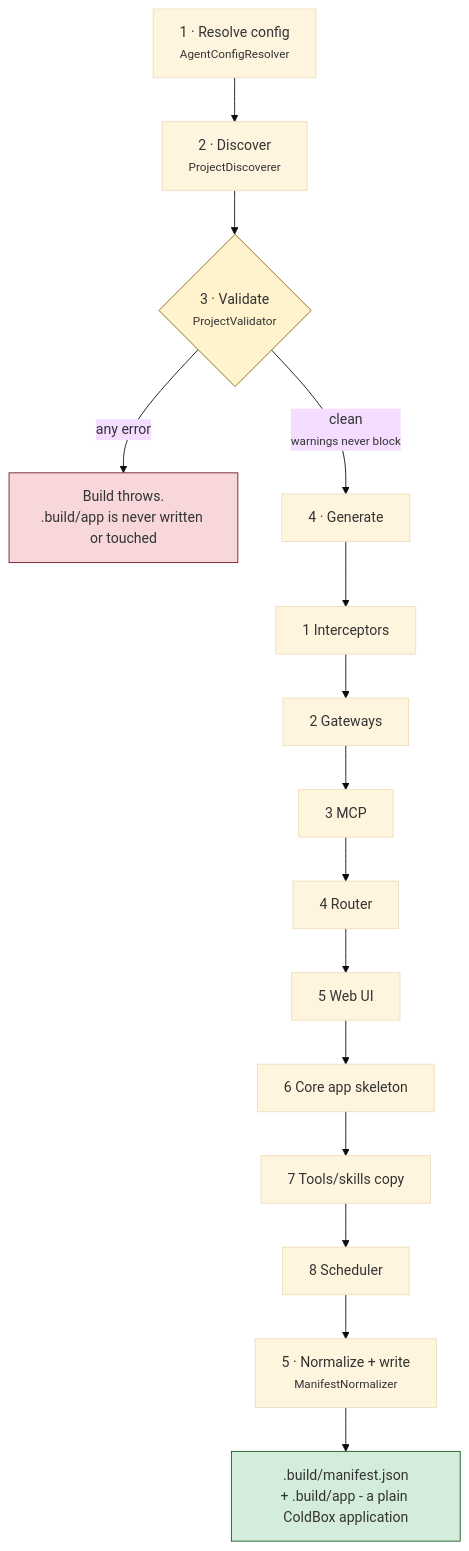
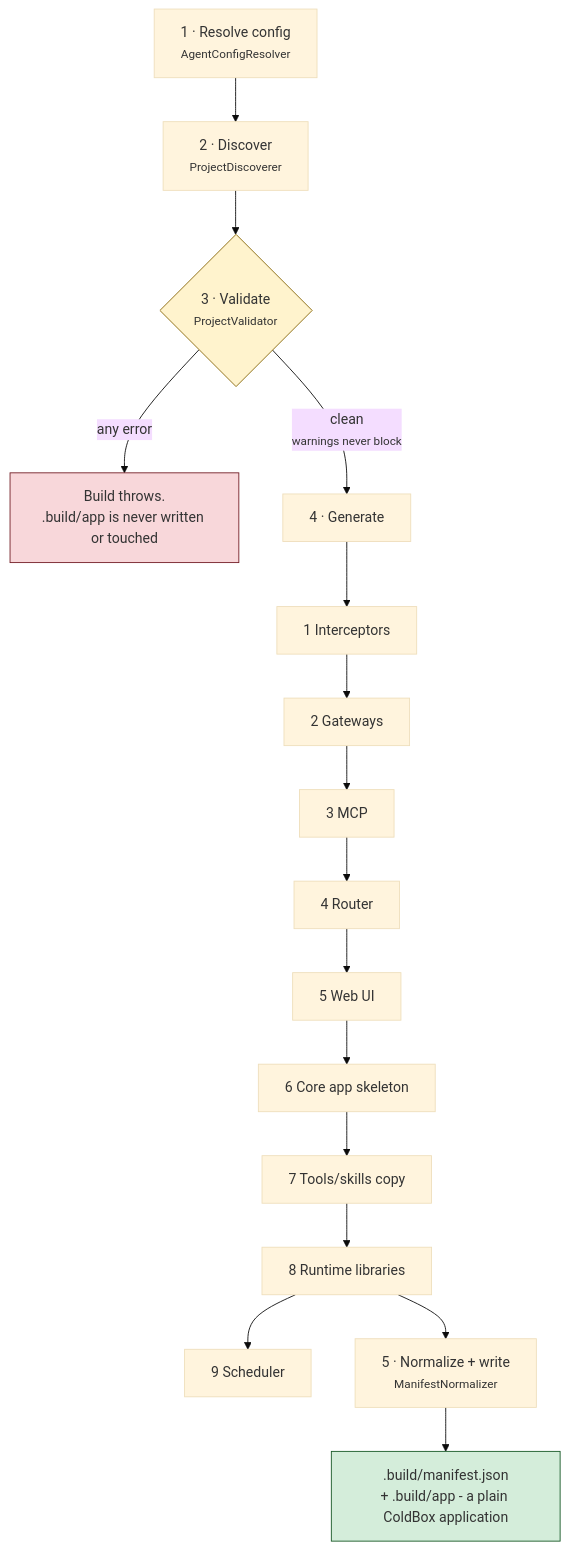
Before and after one commit to ortus-boxlang/bx-agents: the diagram in next/build-pipeline.md, drawn with Mermaid (base theme). The commit also changed other lines of this file and 160 other files, not shown here.

````diff
--- a/next/build-pipeline.md
+++ b/next/build-pipeline.md
@@ -13,15 +13,15 @@
 ```mermaid
 flowchart TD
     A["1 · Resolve config<br/><small>AgentConfigResolver</small>"] --> B["2 · Discover<br/><small>ProjectDiscoverer</small>"]
     B --> C{"3 · Validate<br/><small>ProjectValidator</small>"}
     C -->|"any error"| X["Build throws.<br/>.build/app is never written or touched"]
     C -->|"clean<br/><small>warnings never block</small>"| D["4 · Generate"]
     D --> D1["1 Interceptors"] --> D2["2 Gateways"] --> D3["3 MCP"] --> D4["4 Router"]
-    D4 --> D5["5 Web UI"] --> D6["6 Core app skeleton"] --> D7["7 Tools/skills copy"] --> D8["8 Scheduler"]
+    D4 --> D5["5 Web UI"] --> D6["6 Core app skeleton"] --> D7["7 Tools/skills copy"] --> D8["8 Runtime libraries"] --> D9["9 Scheduler"]
     D8 --> E["5 · Normalize + write<br/><small>ManifestNormalizer</small>"]
     E --> F[".build/manifest.json<br/>+ .build/app - a plain ColdBox application"]
 
     style C fill:#fff3cd,stroke:#856404
     style X fill:#f8d7da,stroke:#721c24
     style F fill:#d4edda,stroke:#155724
 ```
````
